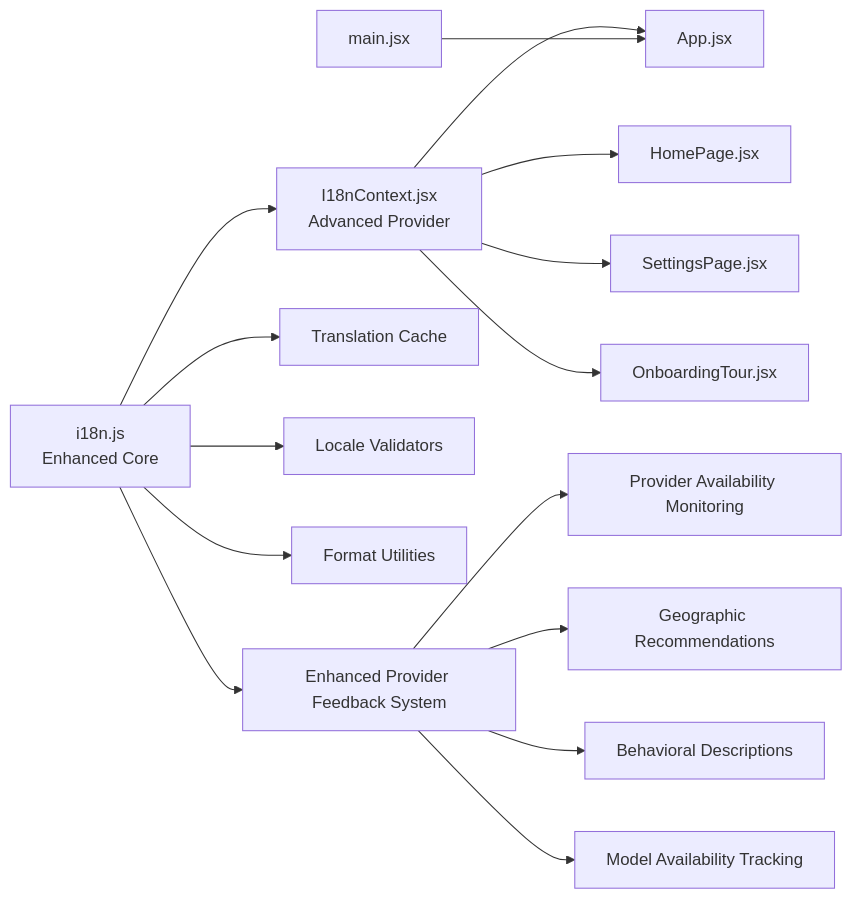
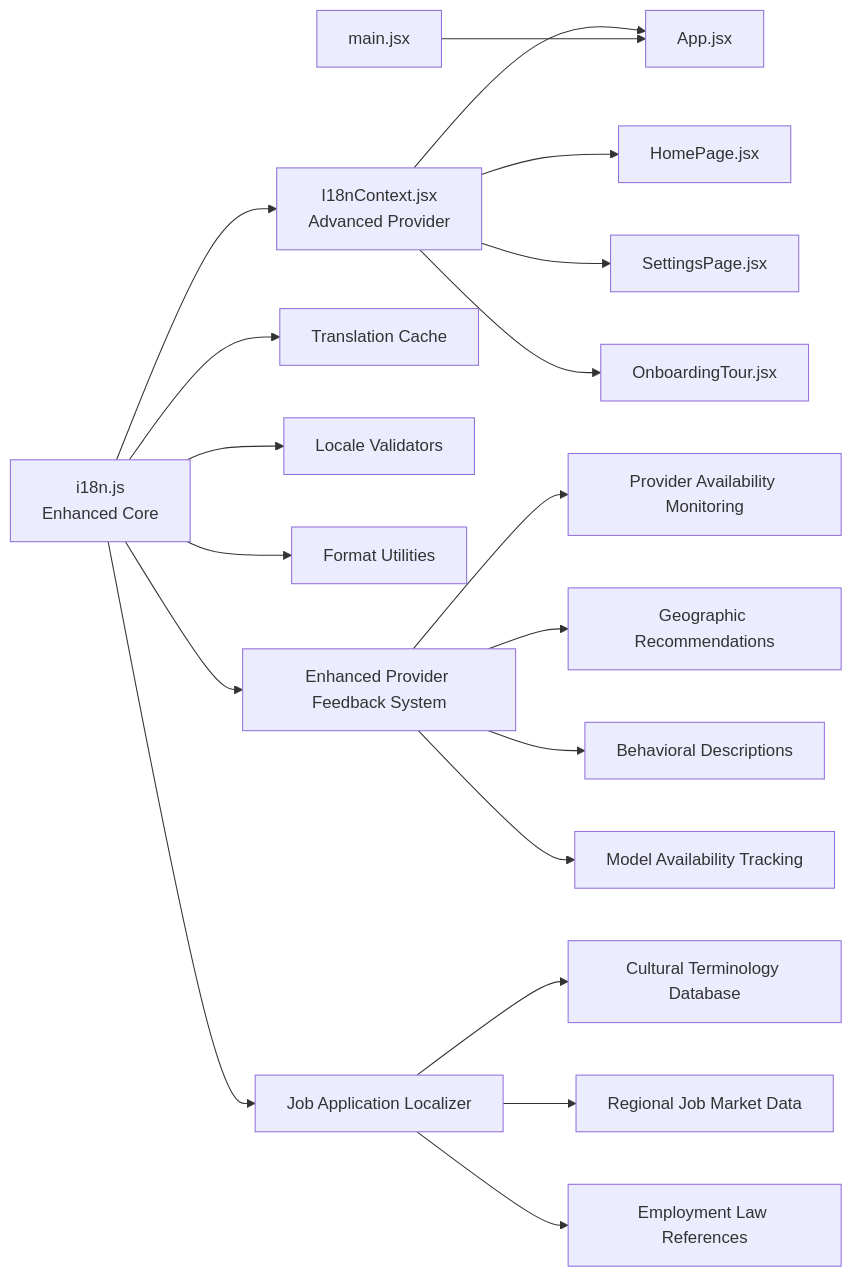
The fifth of 5 diagrams in .qoder/repowiki/en/content/Utility Libraries/Internationalization (i18n).md (zmyeo54/briefroom), drawn with Mermaid before and after one commit. The commit also changed other lines of this file and 16 other files, not shown here.

````diff
--- a/.qoder/repowiki/en/content/Utility Libraries/Internationalization (i18n).md
+++ b/.qoder/repowiki/en/content/Utility Libraries/Internationalization (i18n).md
@@ -366,17 +427,21 @@
 ```mermaid
 graph LR
 I18nJS["i18n.js<br/>Enhanced Core"] --> I18nCtx["I18nContext.jsx<br/>Advanced Provider"]
 I18nCtx --> App["App.jsx"]
 I18nCtx --> Home["HomePage.jsx"]
 I18nCtx --> Settings["SettingsPage.jsx"]
 I18nCtx --> Onboarding["OnboardingTour.jsx"]
 Main["main.jsx"] --> App
 I18nJS --> Cache["Translation Cache"]
 I18nJS --> Validators["Locale Validators"]
 I18nJS --> Formatters["Format Utilities"]
 I18nJS --> Feedback["Enhanced Provider Feedback System"]
+I18nJS --> JobLocalizer["Job Application Localizer"]
 Feedback --> ProviderStatus["Provider Availability Monitoring"]
 Feedback --> GeoRecs["Geographic Recommendations"]
 Feedback --> BehavioralDesc["Behavioral Descriptions"]
 Feedback --> ModelAvail["Model Availability Tracking"]
+JobLocalizer --> CulturalTerms["Cultural Terminology Database"]
+JobLocalizer --> RegionalJobs["Regional Job Market Data"]
+JobLocalizer --> LegalRefs["Employment Law References"]
 ```
````
